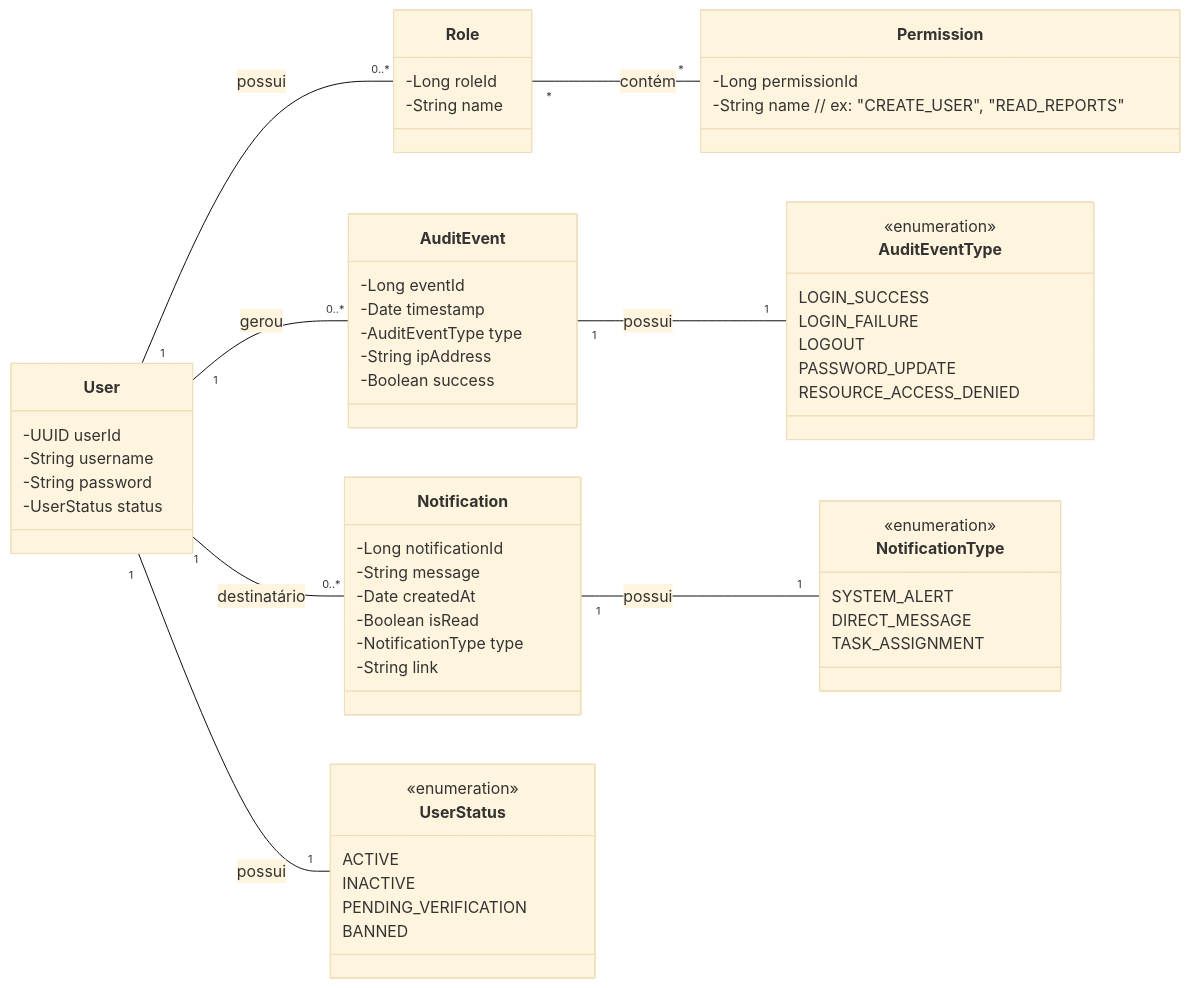
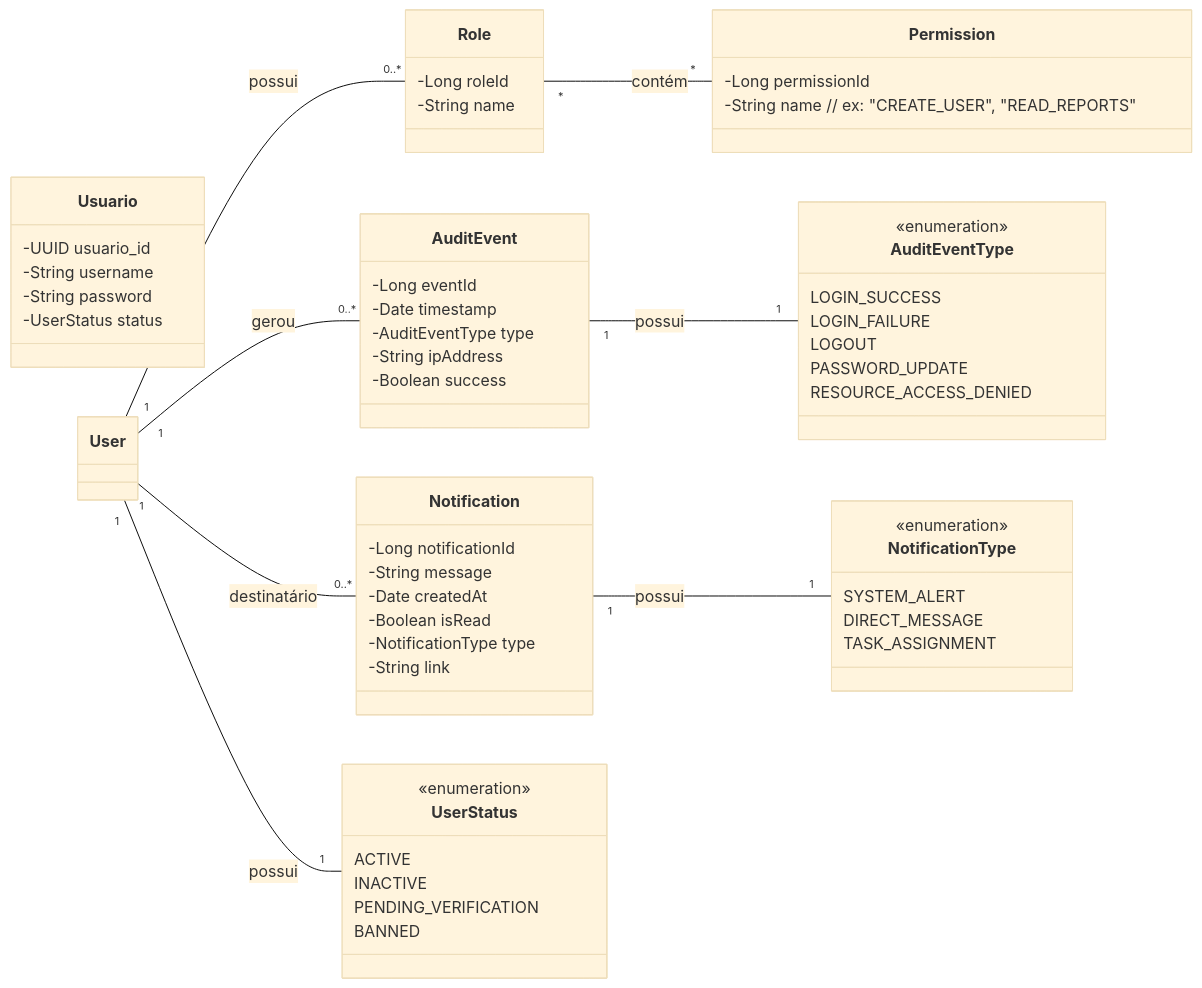
Before and after one commit to agsilvamhm/bancodigital: the first of 5 diagrams in README.md, drawn with Mermaid (base theme). The commit also changed other lines of this file and 2 other files, not shown here.

````diff
--- a/README.md
+++ b/README.md
@@ -16,70 +16,70 @@
 ```mermaid
 classDiagram
   direction LR
 
-  class User {
-    -UUID userId
+  class Usuario {
+    -UUID usuario_id
     -String username
     -String password
     -UserStatus status
   }
 
   class Role {
     -Long roleId
     -String name
   }
 
   class Permission {
     -Long permissionId
     -String name  // ex: "CREATE_USER", "READ_REPORTS"
   }
 
   class AuditEvent {
     -Long eventId
     -Date timestamp
     -AuditEventType type
     -String ipAddress
     -Boolean success
   }
 
   class Notification {
     -Long notificationId
     -String message
     -Date createdAt
     -Boolean isRead
     -NotificationType type
     -String link
   }
 
   class UserStatus {
     <<enumeration>>
     ACTIVE
     INACTIVE
     PENDING_VERIFICATION
     BANNED
   }
   
   class AuditEventType {
     <<enumeration>>
     LOGIN_SUCCESS
     LOGIN_FAILURE
     LOGOUT
     PASSWORD_UPDATE
     RESOURCE_ACCESS_DENIED
   }
 
   class NotificationType {
     <<enumeration>>
     SYSTEM_ALERT
     DIRECT_MESSAGE
     TASK_ASSIGNMENT
   }
 
   User "1" -- "0..*" Role : possui
   User "1" -- "1" UserStatus: possui
   Role "*" -- "*" Permission : contém
   User "1" -- "0..*" AuditEvent : gerou
   User "1" -- "0..*" Notification : destinatário 
   AuditEvent "1" -- "1" AuditEventType : possui
   Notification "1" -- "1" NotificationType : possui  
 ```
````
